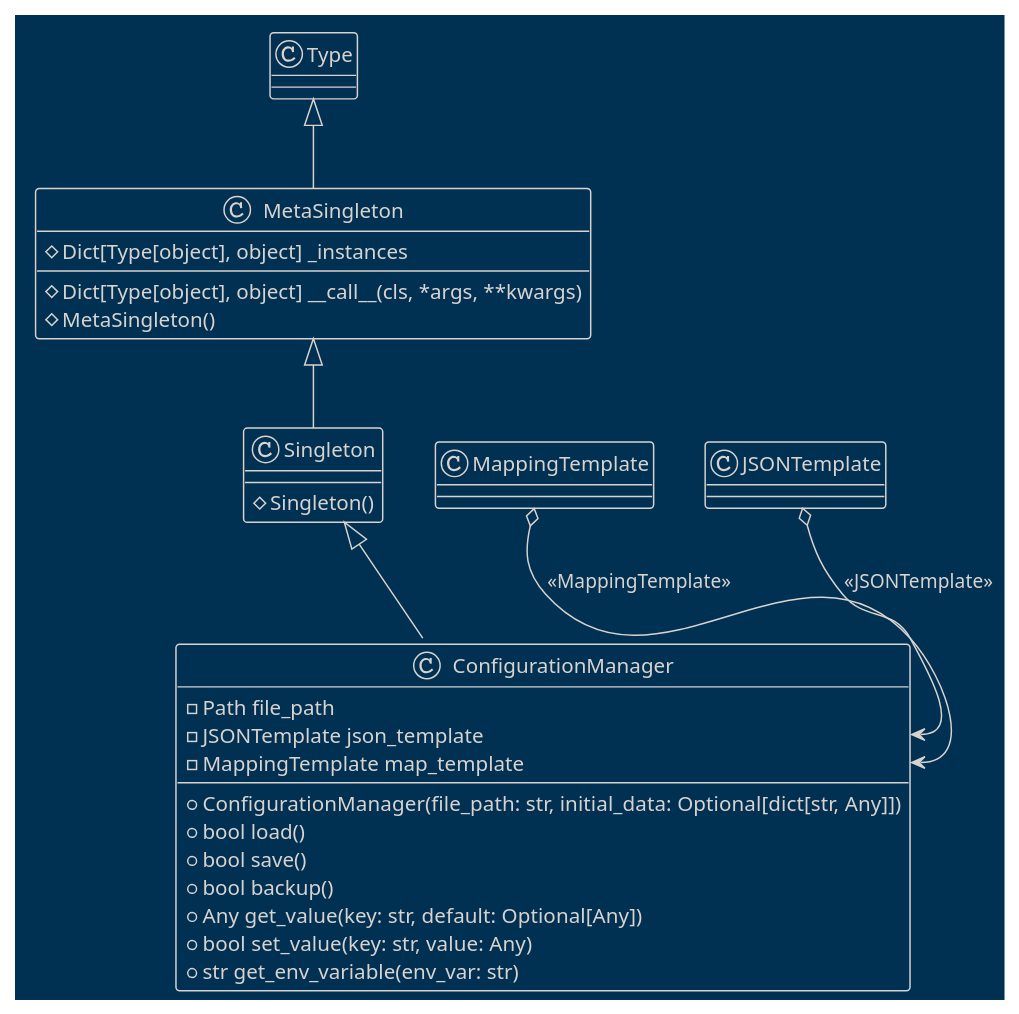
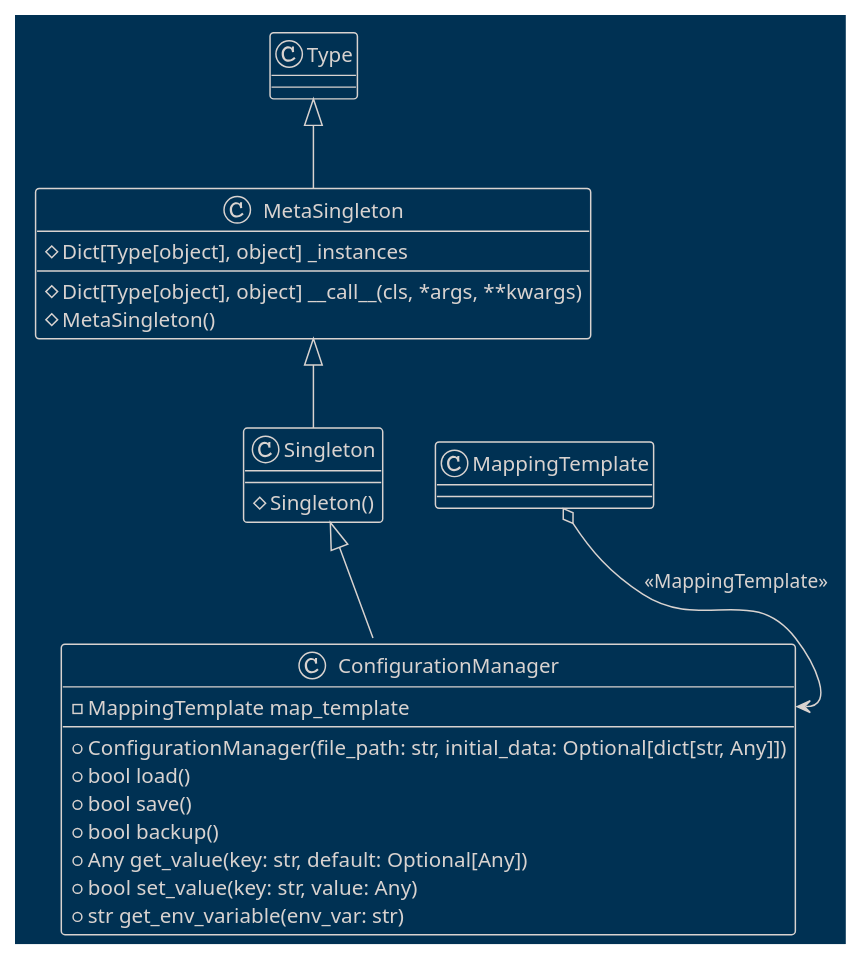
Before and after one commit to teleprint-me/py.gpt.prompt: the diagram in docs/diagrams/plantuml/configuration_manager.puml, drawn with PlantUML. The commit also changed 1 other file, not shown here.

```diff
--- a/docs/diagrams/plantuml/configuration_manager.puml
+++ b/docs/diagrams/plantuml/configuration_manager.puml
@@ -1,31 +1,28 @@
 @startuml ConfigurationManager
 !theme blueprint
 
 ' docs/diagrams/plantuml/configuration_manager.puml
 
 class MetaSingleton extends Type {
     # Dict[Type[object], object] _instances
     # Dict[Type[object], object] __call__(cls, *args, **kwargs)
     # MetaSingleton()
 }
 
 class Singleton extends MetaSingleton {
     # Singleton()
 }
 
 class ConfigurationManager extends Singleton {
-    - Path file_path
-    - JSONTemplate json_template
     - MappingTemplate map_template
     + ConfigurationManager(file_path: str, initial_data: Optional[dict[str, Any]])
     + bool load()
     + bool save()
     + bool backup()
     + Any get_value(key: str, default: Optional[Any])
     + bool set_value(key: str, value: Any)
     + str get_env_variable(env_var: str)
 }
 
-JSONTemplate o--> ConfigurationManager::json_template : <<JSONTemplate>>
 MappingTemplate o--> ConfigurationManager::map_template : <<MappingTemplate>>
 @enduml
```
